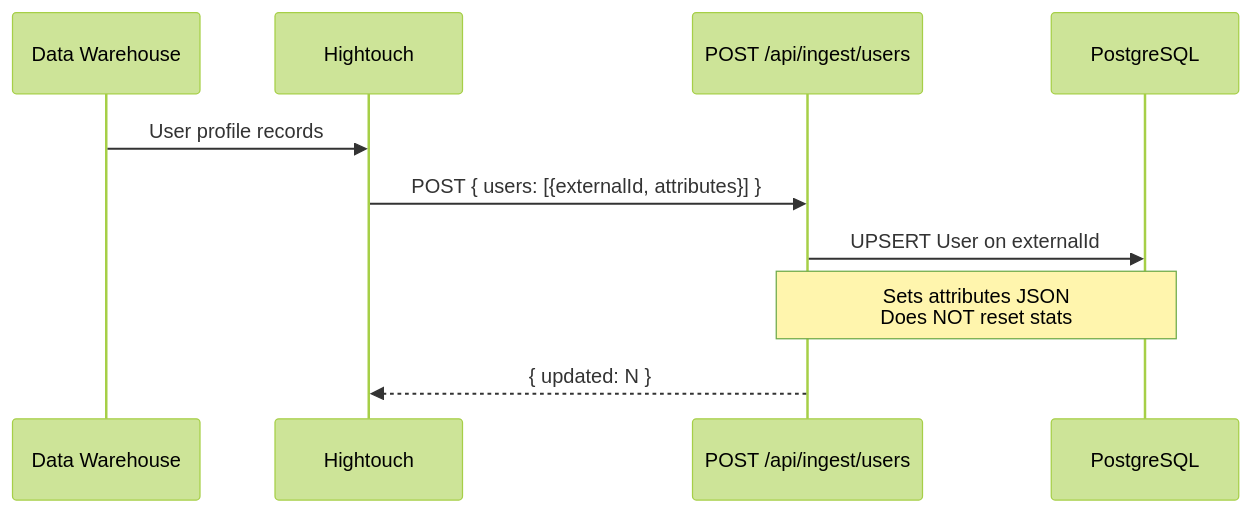
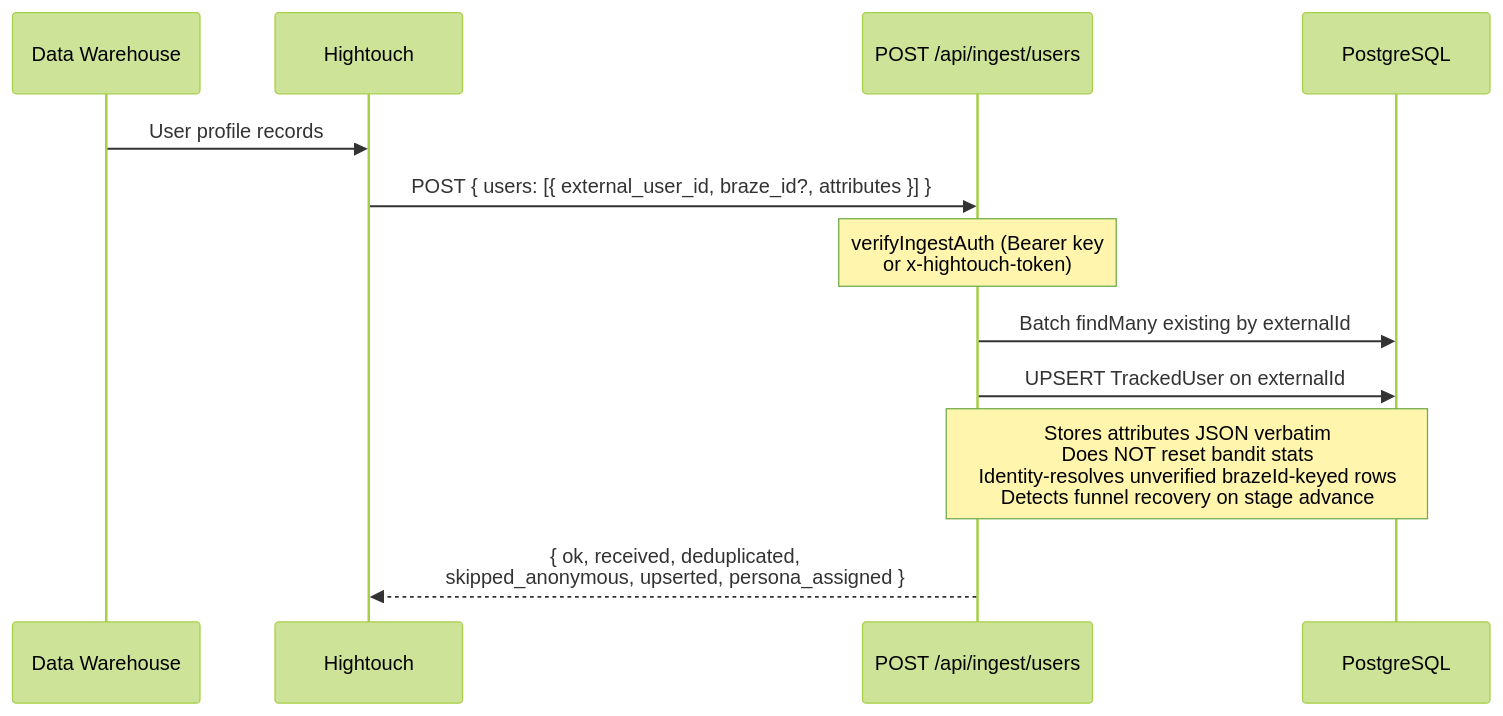
The first of 6 diagrams in docs/data-flows.md (ender1311/nexusAi), drawn with Mermaid (forest theme) before and after one commit. The commit also changed other lines of this file and 17 other files, not shown here.

First line of the commit message:
docs: refresh architecture docs to match current app

````diff
--- a/docs/data-flows.md
+++ b/docs/data-flows.md
@@ -9,13 +10,15 @@
 ```mermaid
 sequenceDiagram
     participant DW as Data Warehouse
     participant HT as Hightouch
     participant API as POST /api/ingest/users
     participant DB as PostgreSQL
 
     DW->>HT: User profile records
-    HT->>API: POST { users: [{externalId, attributes}] }
-    API->>DB: UPSERT User on externalId
-    Note over API,DB: Sets attributes JSON<br/>Does NOT reset stats
-    API-->>HT: { updated: N }
+    HT->>API: POST { users: [{ external_user_id, braze_id?, attributes }] }
+    Note over API: verifyIngestAuth (Bearer key<br/>or x-hightouch-token)
+    API->>DB: Batch findMany existing by externalId
+    API->>DB: UPSERT TrackedUser on externalId
+    Note over API,DB: Stores attributes JSON verbatim<br/>Does NOT reset bandit stats<br/>Identity-resolves unverified brazeId-keyed rows<br/>Detects funnel recovery on stage advance
+    API-->>HT: { ok, received, deduplicated,<br/>skipped_anonymous, upserted, persona_assigned }
 ```
````
